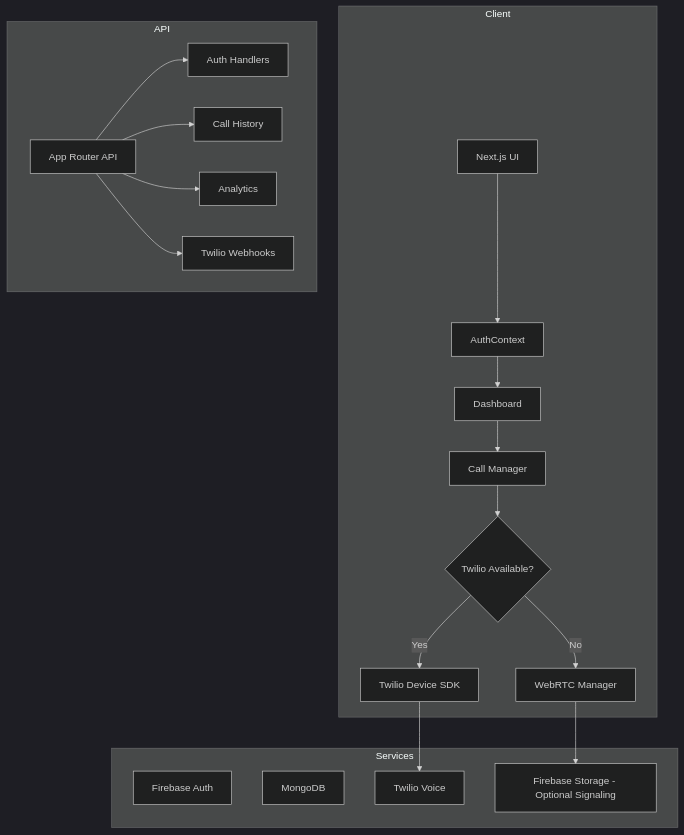
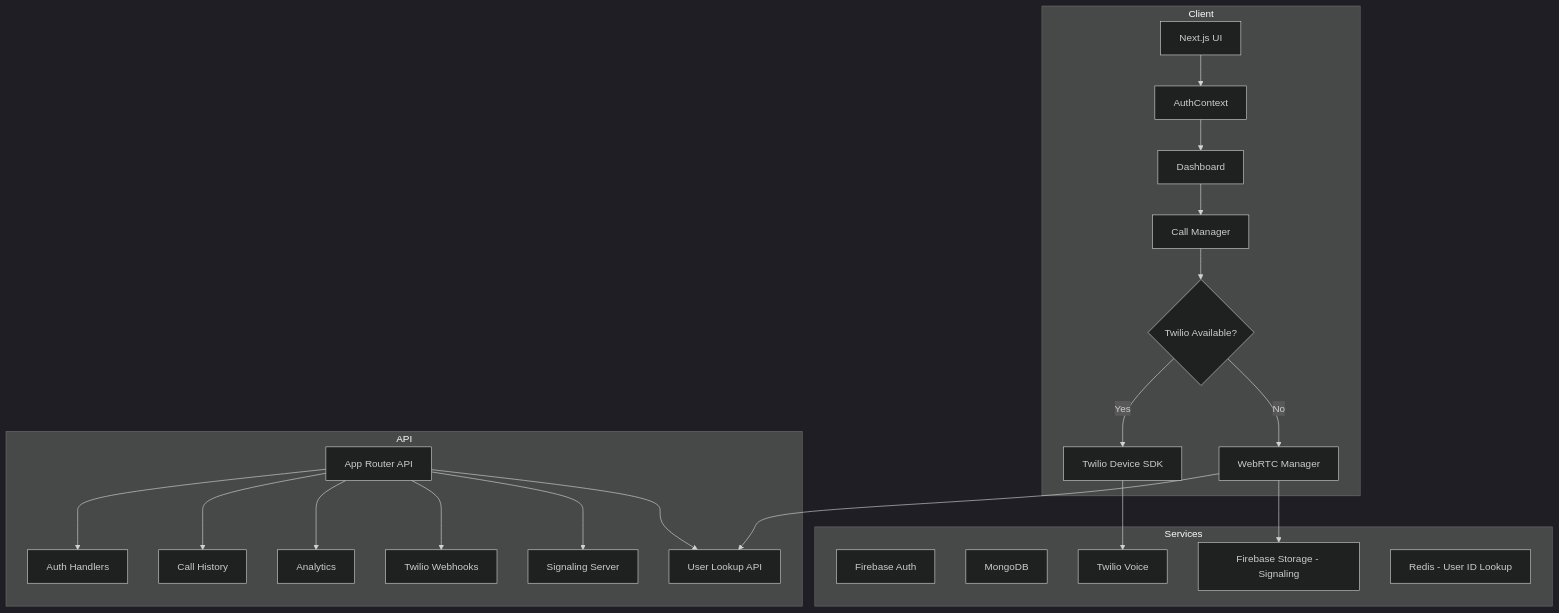
Before and after one commit to kn9ts/careflow: the first of 3 diagrams in plans/WEBRTC_FALLBACK_ARCHITECTURE.md, drawn with Mermaid (dark theme). The commit also changed other lines of this file and 5 other files, not shown here.

````diff
--- a/plans/WEBRTC_FALLBACK_ARCHITECTURE.md
+++ b/plans/WEBRTC_FALLBACK_ARCHITECTURE.md
@@ -12,28 +32,32 @@
 ```mermaid
 flowchart TB
     subgraph Client
         A[Next.js UI] --> B[AuthContext]
         B --> C[Dashboard]
         C --> D[Call Manager]
         D --> E{Twilio Available?}
         E -->|Yes| F[Twilio Device SDK]
         E -->|No| G[WebRTC Manager]
     end
 
     subgraph API
         H[App Router API] --> I[Auth Handlers]
         H --> J[Call History]
         H --> K[Analytics]
         H --> L[Twilio Webhooks]
+        H --> M[Signaling Server]
+        H --> N[User Lookup API]
     end
 
     subgraph Services
-        M[Firebase Auth]
-        N[MongoDB]
-        O[Twilio Voice]
-        P[Firebase Storage - Optional Signaling]
+        O[Firebase Auth]
+        P[MongoDB]
+        Q[Twilio Voice]
+        R[Firebase Storage - Signaling]
+        S[Redis - User ID Lookup]
     end
 
-    F --> O
-    G --> P
+    F --> Q
+    G --> R
+    G --> N
 ```
````
